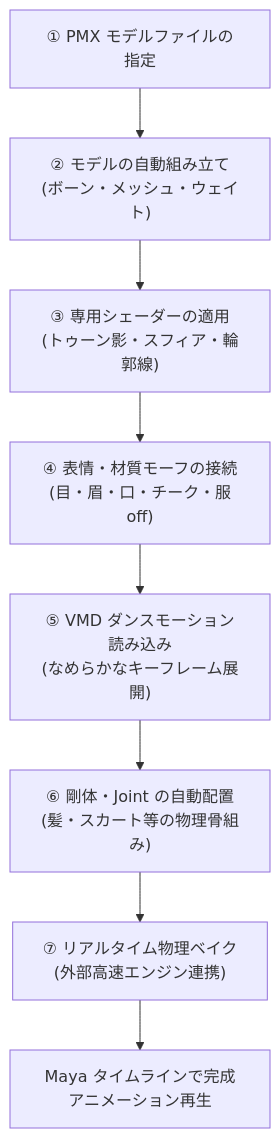
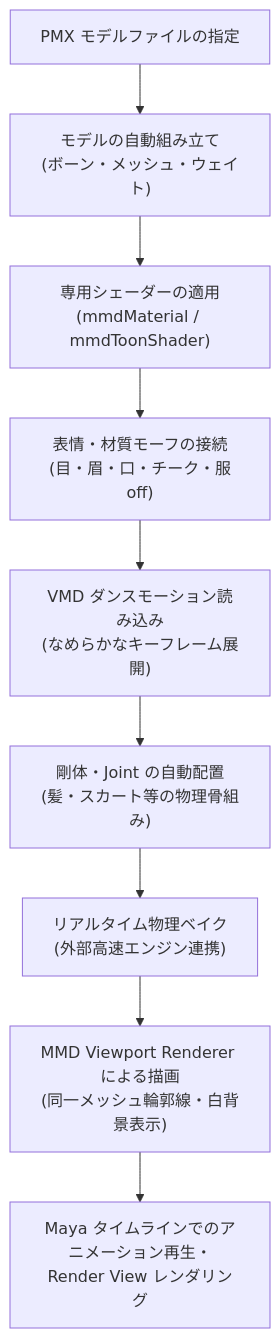
The first of 9 diagrams in docs/technical_overview_guide.md (cchina33/mmd_tools_for_maya), drawn with Mermaid before and after one commit. The commit also changed other lines of this file and 107 other files, not shown here.

````diff
--- a/docs/technical_overview_guide.md
+++ b/docs/technical_overview_guide.md
@@ -16,10 +16,11 @@
 ```mermaid
 flowchart TD
-    A["① PMX モデルファイルの指定"] --> B["② モデルの自動組み立て<br>(ボーン・メッシュ・ウェイト)"]
-    B --> C["③ 専用シェーダーの適用<br>(トゥーン影・スフィア・輪郭線)"]
-    C --> D["④ 表情・材質モーフの接続<br>(目・眉・口・チーク・服off)"]
-    D --> E["⑤ VMD ダンスモーション読み込み<br>(なめらかなキーフレーム展開)"]
-    E --> F["⑥ 剛体・Joint の自動配置<br>(髪・スカート等の物理骨組み)"]
-    F --> G["⑦ リアルタイム物理ベイク<br>(外部高速エンジン連携)"]
-    G --> H["Maya タイムラインで完成アニメーション再生"]
+    A["PMX モデルファイルの指定"] --> B["モデルの自動組み立て<br>(ボーン・メッシュ・ウェイト)"]
+    B --> C["専用シェーダーの適用<br>(mmdMaterial / mmdToonShader)"]
+    C --> D["表情・材質モーフの接続<br>(目・眉・口・チーク・服off)"]
+    D --> E["VMD ダンスモーション読み込み<br>(なめらかなキーフレーム展開)"]
+    E --> F["剛体・Joint の自動配置<br>(髪・スカート等の物理骨組み)"]
+    F --> G["リアルタイム物理ベイク<br>(外部高速エンジン連携)"]
+    G --> H["MMD Viewport Renderer による描画<br>(同一メッシュ輪郭線・白背景表示)"]
+    H --> I["Maya タイムラインでのアニメーション再生・Render View レンダリング"]
 ```
````
